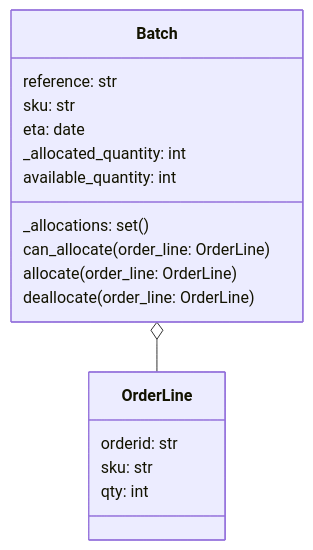
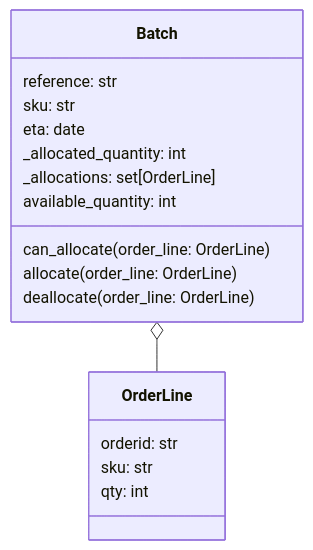
The second of 2 diagrams in docs/source/domain_modeling.rst (pr0f37/cosmic_python), drawn with Mermaid before and after one commit. The commit also changed other lines of this file, not shown here.

```diff
--- a/docs/source/domain_modeling.rst
+++ b/docs/source/domain_modeling.rst
@@ -53,20 +54,20 @@
 .. mermaid::
 
     classDiagram
         Batch o-- OrderLine
         class OrderLine{
             orderid: str
             sku: str
             qty: int
         }
         class Batch{
             reference: str
             sku: str
             eta: date
             _allocated_quantity: int
-            _allocations: set()
+            _allocations: set[OrderLine]
             available_quantity: int
             can_allocate(order_line: OrderLine)
             allocate(order_line: OrderLine)
             deallocate(order_line: OrderLine)
         }
```
